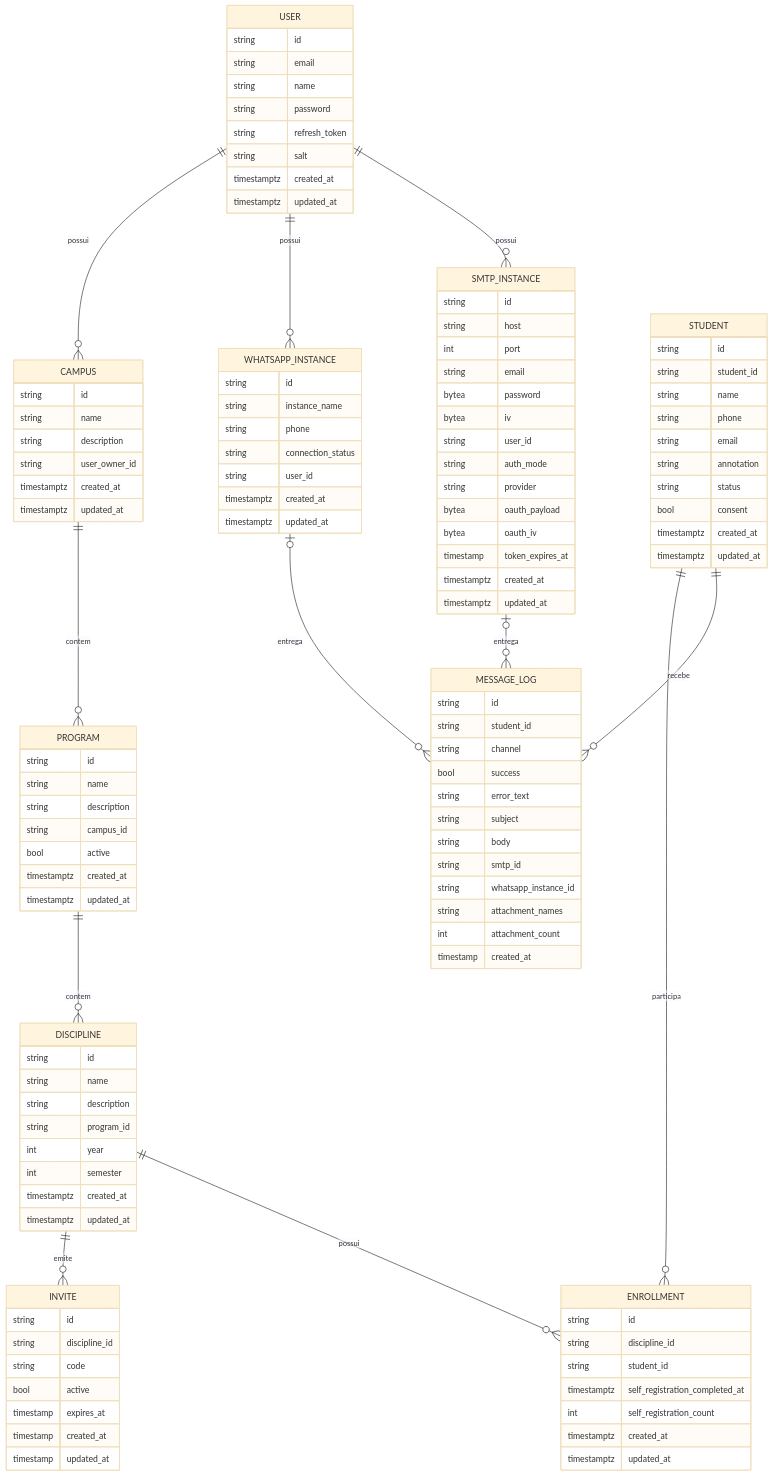
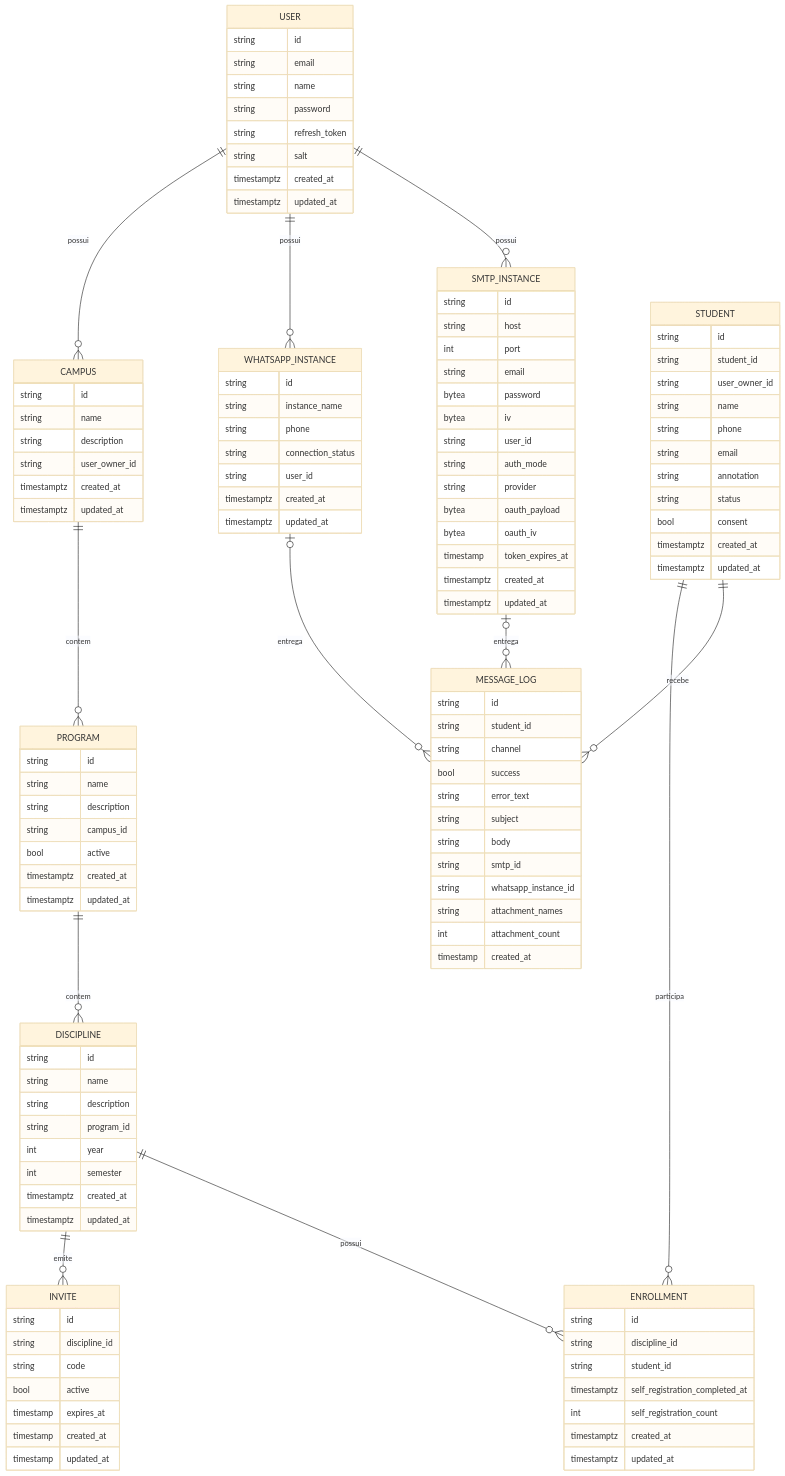
One commit to ThalysSilva/unicast-backend changed the eighth of 9 diagrams in README.md. Above: the diagram before and after it, drawn with Mermaid (base theme). The commit also changed other lines of this file, not shown here.

```diff
--- a/README.md
+++ b/README.md
@@ -480,6 +489,7 @@
     STUDENT {
         string id
         string student_id
+        string user_owner_id
         string name
         string phone
         string email
```
